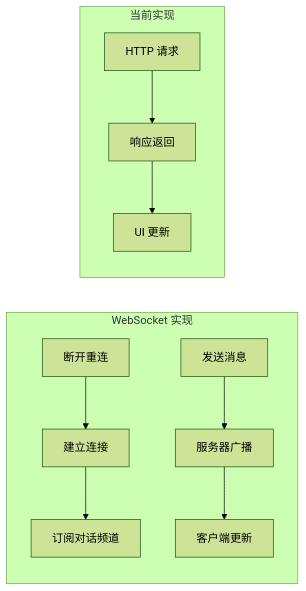
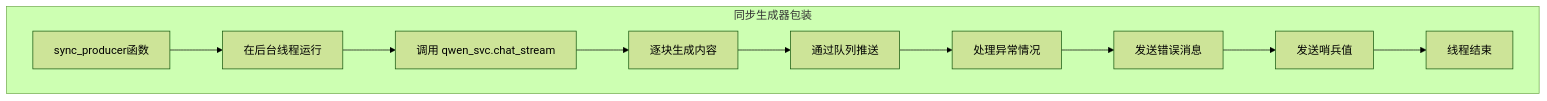
Diagram 14 of 27 in .qoder/repowiki/zh/content/前端应用文档/AI聊天界面与对话交互.md (ghbbn053-ship-itsoulddog/soulddog), drawn with Mermaid (forest theme) before and after one commit. The commit also changed other lines of this file and 119 other files, not shown here.

````diff
--- a/.qoder/repowiki/zh/content/前端应用文档/AI聊天界面与对话交互.md
+++ b/.qoder/repowiki/zh/content/前端应用文档/AI聊天界面与对话交互.md
@@ -337,13 +977,13 @@
 ```mermaid
-graph LR
-subgraph "WebSocket 实现"
-A[建立连接] --> B[订阅对话频道]
-C[发送消息] --> D[服务器广播]
-D --> E[客户端更新]
-F[断开重连] --> A
-end
-subgraph "当前实现"
-G[HTTP 请求] --> H[响应返回]
-H --> I[UI 更新]
+graph TB
+subgraph "同步生成器包装"
+A[sync_producer函数] --> B[在后台线程运行]
+B --> C[调用 qwen_svc.chat_stream]
+C --> D[逐块生成内容]
+D --> E[通过队列推送]
+E --> F[处理异常情况]
+F --> G[发送错误消息]
+G --> H[发送哨兵值]
+H --> I[线程结束]
 end
 ```
````
